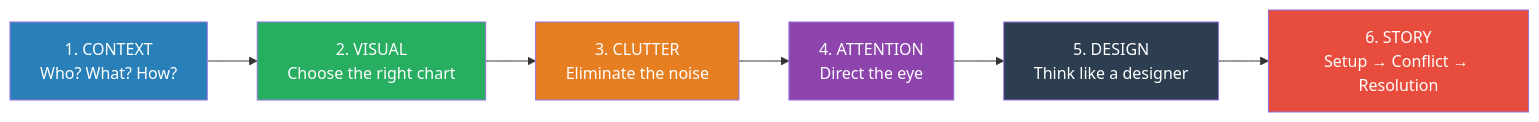
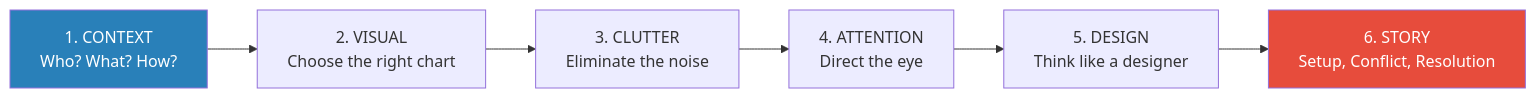
Before and after one commit to alius33/reader: the first of 5 diagrams in summaries/Strategy & Systems Thinking/Storytelling with Data - Cole Nussbaumer Knaflic.md, drawn with Mermaid. The commit also changed other lines of this file and 272 other files, not shown here.

````diff
--- a/summaries/Strategy & Systems Thinking/Storytelling with Data - Cole Nussbaumer Knaflic.md
+++ b/summaries/Strategy & Systems Thinking/Storytelling with Data - Cole Nussbaumer Knaflic.md
@@ -28,14 +41,10 @@
 ```mermaid
 flowchart LR
-    A["1. CONTEXT\nWho? What? How?"] --> B["2. VISUAL\nChoose the right chart"]
-    B --> C["3. CLUTTER\nEliminate the noise"]
-    C --> D["4. ATTENTION\nDirect the eye"]
-    D --> E["5. DESIGN\nThink like a designer"]
-    E --> F["6. STORY\nSetup → Conflict → Resolution"]
+    A["1. CONTEXT<br>Who? What? How?"] --> B["2. VISUAL<br>Choose the right chart"]
+    B --> C["3. CLUTTER<br>Eliminate the noise"]
+    C --> D["4. ATTENTION<br>Direct the eye"]
+    D --> E["5. DESIGN<br>Think like a designer"]
+    E --> F["6. STORY<br>Setup, Conflict, Resolution"]
     style A fill:#2980b9,color:#fff
-    style B fill:#27ae60,color:#fff
-    style C fill:#e67e22,color:#fff
-    style D fill:#8e44ad,color:#fff
-    style E fill:#2c3e50,color:#fff
     style F fill:#e74c3c,color:#fff
 ```
````
